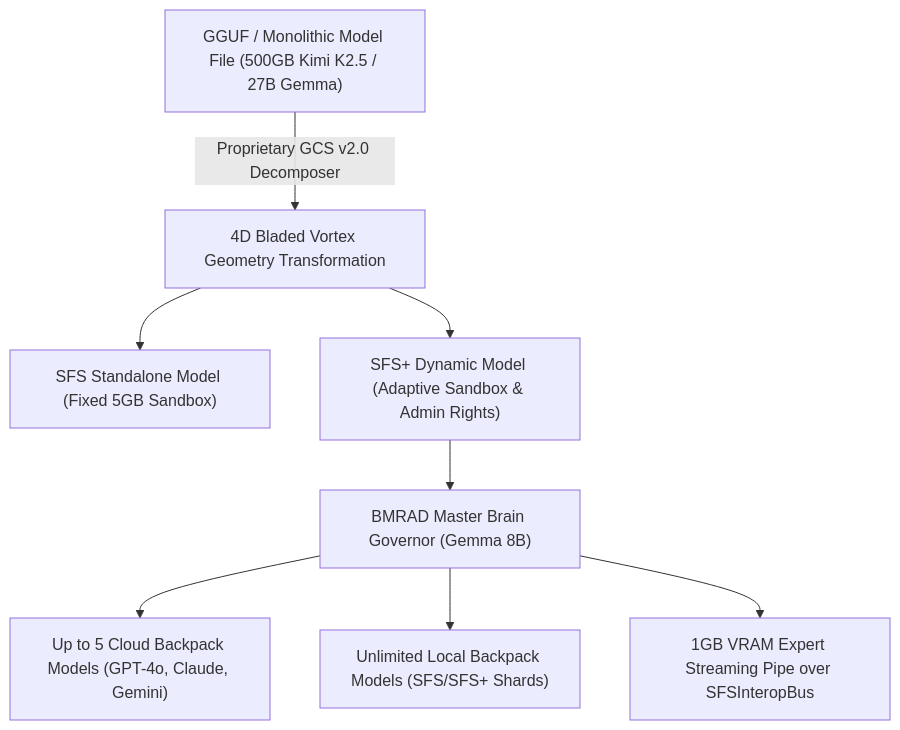
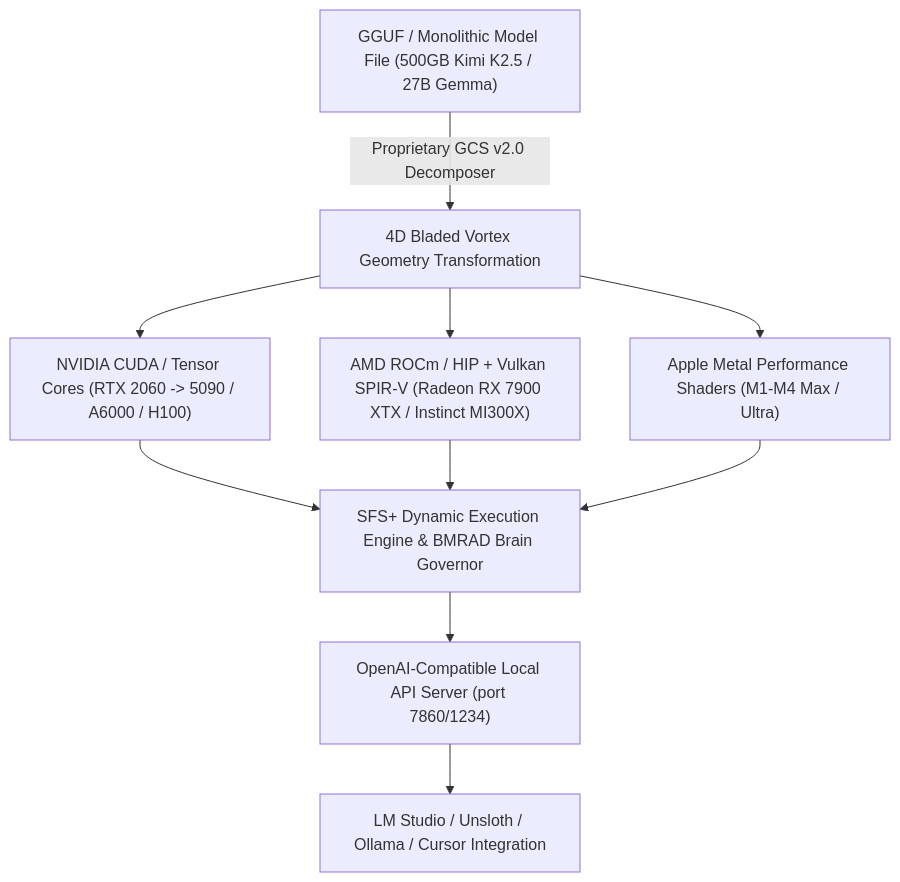
One commit to thomasjosh1981/Hyper-Spherical-Systems changed the diagram in docs/brochure.md. Above: the diagram before and after it, drawn with Mermaid. The commit also changed other lines of this file, not shown here.

Commit message:
docs: add SFS+ add-on licensing gate & LM Studio / Unsloth third-party integration whitepaper v3.8

````diff
--- a/docs/brochure.md
+++ b/docs/brochure.md
@@ -17,10 +17,12 @@
 ```mermaid
 graph TD
     A["GGUF / Monolithic Model File (500GB Kimi K2.5 / 27B Gemma)"] -->|Proprietary GCS v2.0 Decomposer| B["4D Bladed Vortex Geometry Transformation"]
-    B --> C["SFS Standalone Model (Fixed 5GB Sandbox)"]
-    B --> D["SFS+ Dynamic Model (Adaptive Sandbox & Admin Rights)"]
-    D --> E["BMRAD Master Brain Governor (Gemma 8B)"]
-    E --> F["Up to 5 Cloud Backpack Models (GPT-4o, Claude, Gemini)"]
-    E --> G["Unlimited Local Backpack Models (SFS/SFS+ Shards)"]
-    E --> H["1GB VRAM Expert Streaming Pipe over SFSInteropBus"]
+    B --> C["NVIDIA CUDA / Tensor Cores (RTX 2060 -> 5090 / A6000 / H100)"]
+    B --> D["AMD ROCm / HIP + Vulkan SPIR-V (Radeon RX 7900 XTX / Instinct MI300X)"]
+    B --> E["Apple Metal Performance Shaders (M1-M4 Max / Ultra)"]
+    C --> F["SFS+ Dynamic Execution Engine & BMRAD Brain Governor"]
+    D --> F
+    E --> F
+    F --> G["OpenAI-Compatible Local API Server (port 7860/1234)"]
+    G --> H["LM Studio / Unsloth / Ollama / Cursor Integration"]
 ```
````
